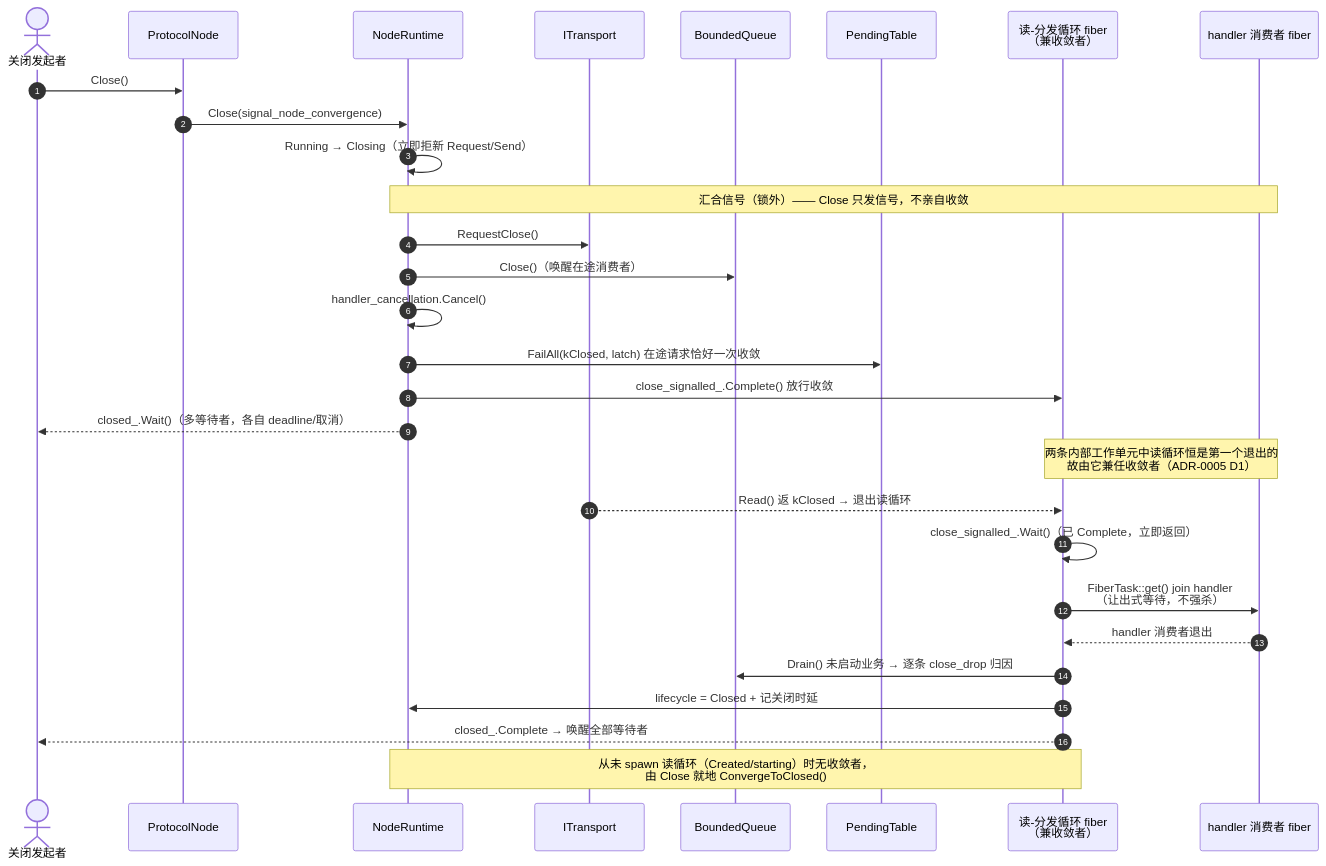
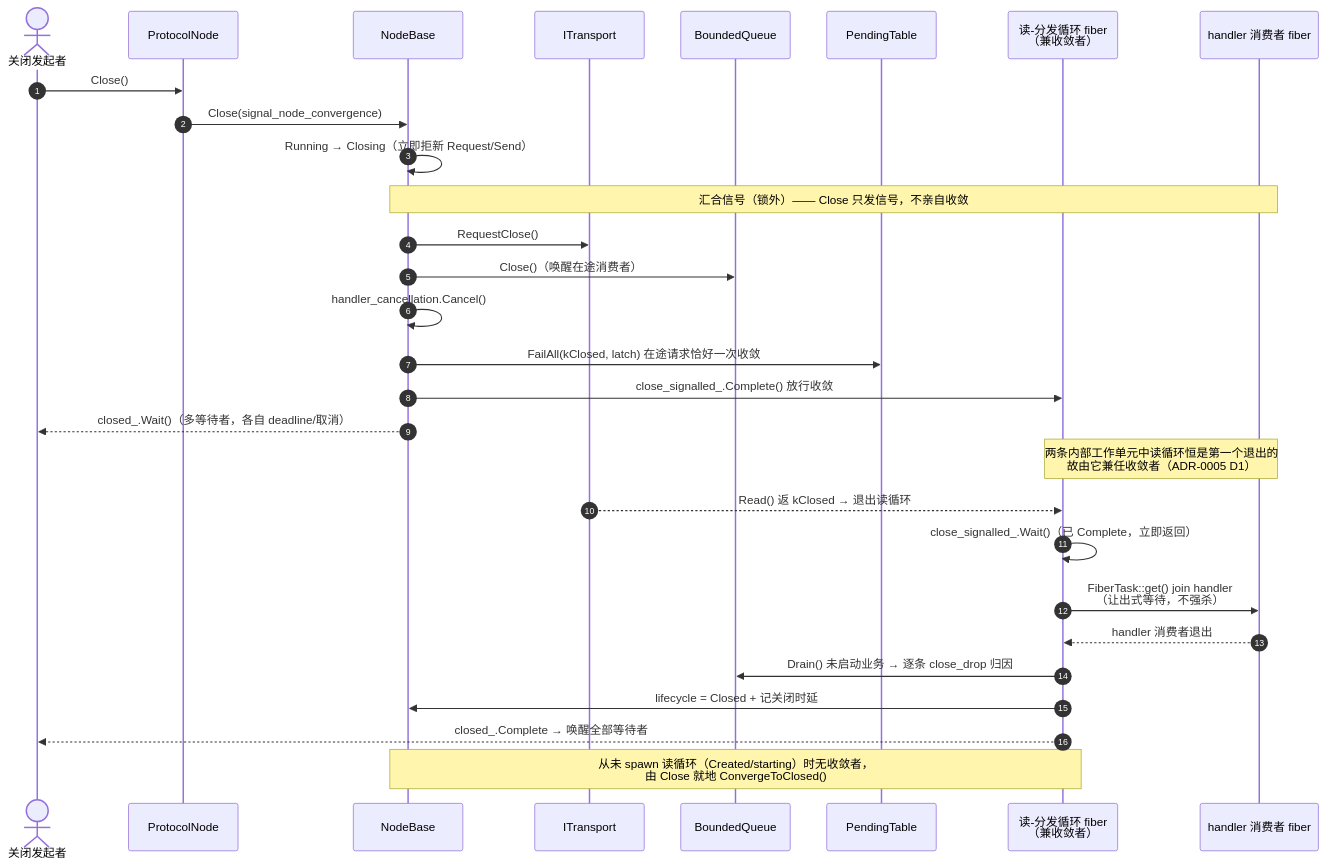
The diagram in docs/diagrams/seq-close.mmd (Ste7an-cs/Transport), drawn with Mermaid before and after one commit. The commit also changed 12 other files, not shown here.

First line of the commit message:
docs: NodeBase 模板方法取代 NodeRuntime + 共享完成量轻量化(ADR-0006)

```diff
--- a/docs/diagrams/seq-close.mmd
+++ b/docs/diagrams/seq-close.mmd
@@ -1,32 +1,32 @@
 sequenceDiagram
     autonumber
     actor X as 关闭发起者
     participant N as ProtocolNode
-    participant RT as NodeRuntime
+    participant RT as NodeBase
     participant T as ITransport
     participant BQ as BoundedQueue
     participant P as PendingTable
     participant RL as 读-分发循环 fiber<br/>（兼收敛者）
     participant H as handler 消费者 fiber
 
     X->>N: Close()
     N->>RT: Close(signal_node_convergence)
     RT->>RT: Running → Closing（立即拒新 Request/Send）
     Note over RT,H: 汇合信号（锁外）—— Close 只发信号，不亲自收敛
     RT->>T: RequestClose()
     RT->>BQ: Close()（唤醒在途消费者）
     RT->>RT: handler_cancellation.Cancel()
     RT->>P: FailAll(kClosed, latch) 在途请求恰好一次收敛
     RT->>RL: close_signalled_.Complete() 放行收敛
     RT-->>X: closed_.Wait()（多等待者，各自 deadline/取消）
 
     Note over RL,H: 两条内部工作单元中读循环恒是第一个退出的<br/>故由它兼任收敛者（ADR-0005 D1）
     T-->>RL: Read() 返 kClosed → 退出读循环
     RL->>RL: close_signalled_.Wait()（已 Complete，立即返回）
     RL->>H: FiberTask::get() join handler<br/>（让出式等待，不强杀）
     H-->>RL: handler 消费者退出
     RL->>BQ: Drain() 未启动业务 → 逐条 close_drop 归因
     RL->>RT: lifecycle = Closed + 记关闭时延
     RL-->>X: closed_.Complete → 唤醒全部等待者
 
     Note over RT,RL: 从未 spawn 读循环（Created/starting）时无收敛者，<br/>由 Close 就地 ConvergeToClosed()
```
